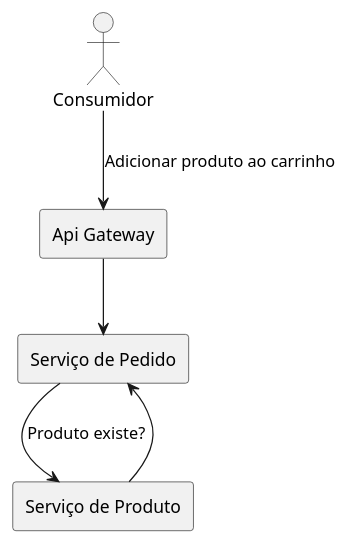
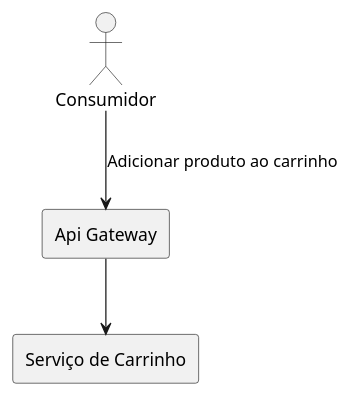
The diagram in docs/comunicacao-entre-servicos/adicionar-produto-ao-carrinho.plantuml (alvarengacarlos/Order), drawn with PlantUML before and after one commit. The commit also changed 3 other files, not shown here.

```diff
--- a/docs/comunicacao-entre-servicos/adicionar-produto-ao-carrinho.plantuml
+++ b/docs/comunicacao-entre-servicos/adicionar-produto-ao-carrinho.plantuml
@@ -1,13 +1,10 @@
 @startuml
 ' Definições
 actor Consumidor
 rectangle "Api Gateway" as ApiGateway
-rectangle "Serviço de Pedido" as PedidoServico
-rectangle "Serviço de Produto" as ProdutoServico
+rectangle "Serviço de Carrinho" as CarrinhoServico
 
 ' Relação
 Consumidor --> ApiGateway : Adicionar produto ao carrinho
-ApiGateway --> PedidoServico
-PedidoServico --> ProdutoServico : Produto existe?
-ProdutoServico --> PedidoServico
+ApiGateway --> CarrinhoServico
 @enduml
```
